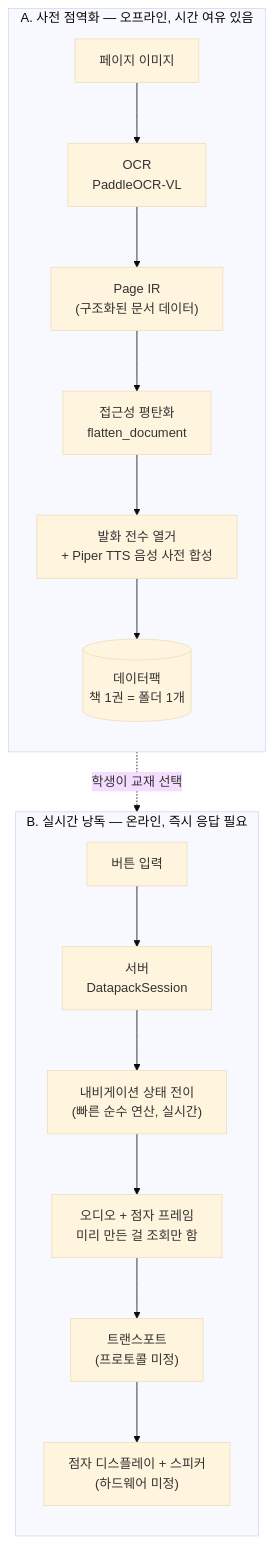
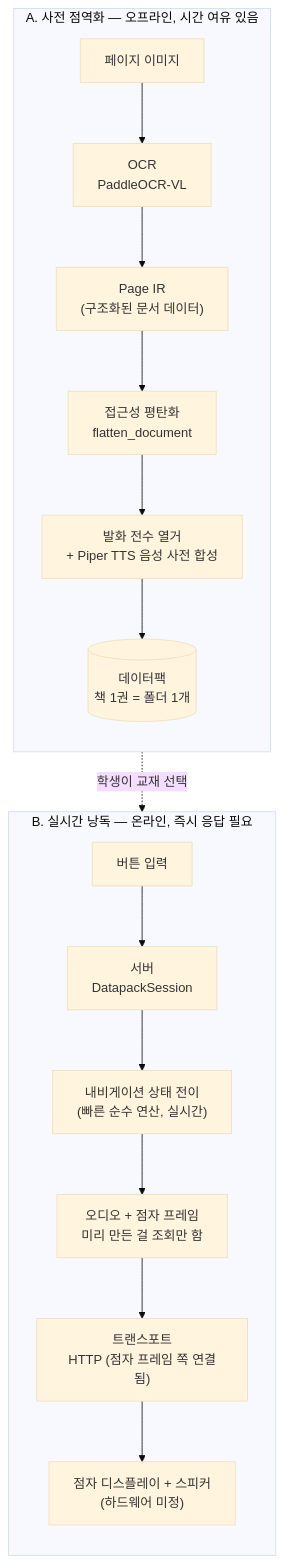
One commit to Edwin29/ASL_OCR changed the diagram in document-parser/README.md. Above: the diagram before and after it, drawn with Mermaid (base theme). The commit also changed other lines of this file and 7 other files, not shown here.

````diff
--- a/document-parser/README.md
+++ b/document-parser/README.md
@@ -15,22 +15,22 @@
 ```mermaid
 flowchart TB
     subgraph A["A. 사전 점역화 — 오프라인, 시간 여유 있음"]
         direction TB
         A1["페이지 이미지"] --> A2["OCR<br/>PaddleOCR-VL"]
         A2 --> A3["Page IR<br/>(구조화된 문서 데이터)"]
         A3 --> A4["접근성 평탄화<br/>flatten_document"]
         A4 --> A5["발화 전수 열거<br/>+ Piper TTS 음성 사전 합성"]
         A5 --> A6[("데이터팩<br/>책 1권 = 폴더 1개")]
     end
 
     subgraph B["B. 실시간 낭독 — 온라인, 즉시 응답 필요"]
         direction TB
         B1["버튼 입력"] --> B2["서버<br/>DatapackSession"]
         B2 --> B3["내비게이션 상태 전이<br/>(빠른 순수 연산, 실시간)"]
         B3 --> B4["오디오 + 점자 프레임<br/>미리 만든 걸 조회만 함"]
-        B4 --> B5["트랜스포트<br/>(프로토콜 미정)"]
+        B4 --> B5["트랜스포트<br/>HTTP (점자 프레임 쪽 연결됨)"]
         B5 --> B6["점자 디스플레이 + 스피커<br/>(하드웨어 미정)"]
     end
 
     A6 -. "학생이 교재 선택" .-> B2
 ```
````
